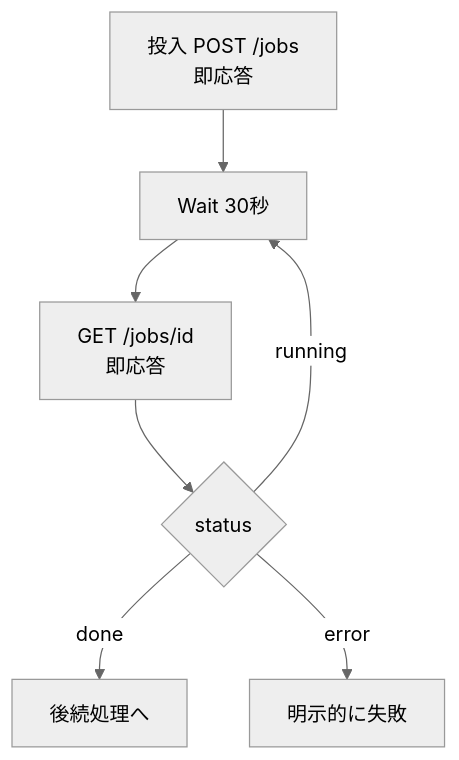
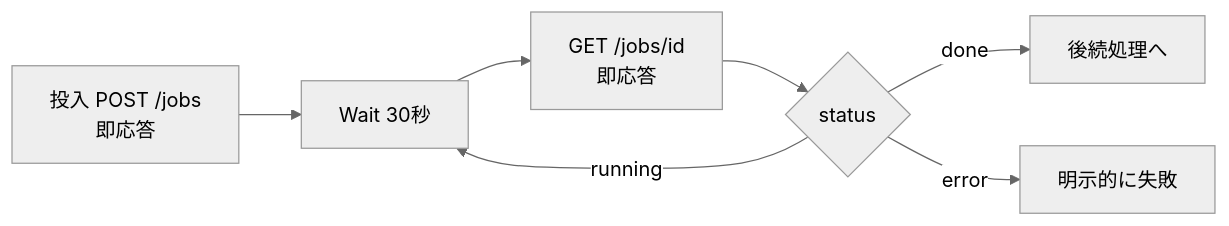
The fourth of 6 diagrams in articles/027-meeting-voice-to-todo-n8n-whisper.md (shinichitazawa/zenn-articles), drawn with Mermaid (neutral theme) before and after one commit. The commit also changed other lines of this file and 6 other files, not shown here.

````diff
--- a/articles/027-meeting-voice-to-todo-n8n-whisper.md
+++ b/articles/027-meeting-voice-to-todo-n8n-whisper.md
@@ -182,9 +182,9 @@
 ```mermaid
-flowchart TB
+flowchart LR
   S[投入 POST /jobs<br/>即応答] --> W[Wait 30秒]
   W --> P[GET /jobs/id<br/>即応答]
   P --> C{status}
   C -->|done| N[後続処理へ]
   C -->|running| W
   C -->|error| E[明示的に失敗]
 ```
````
